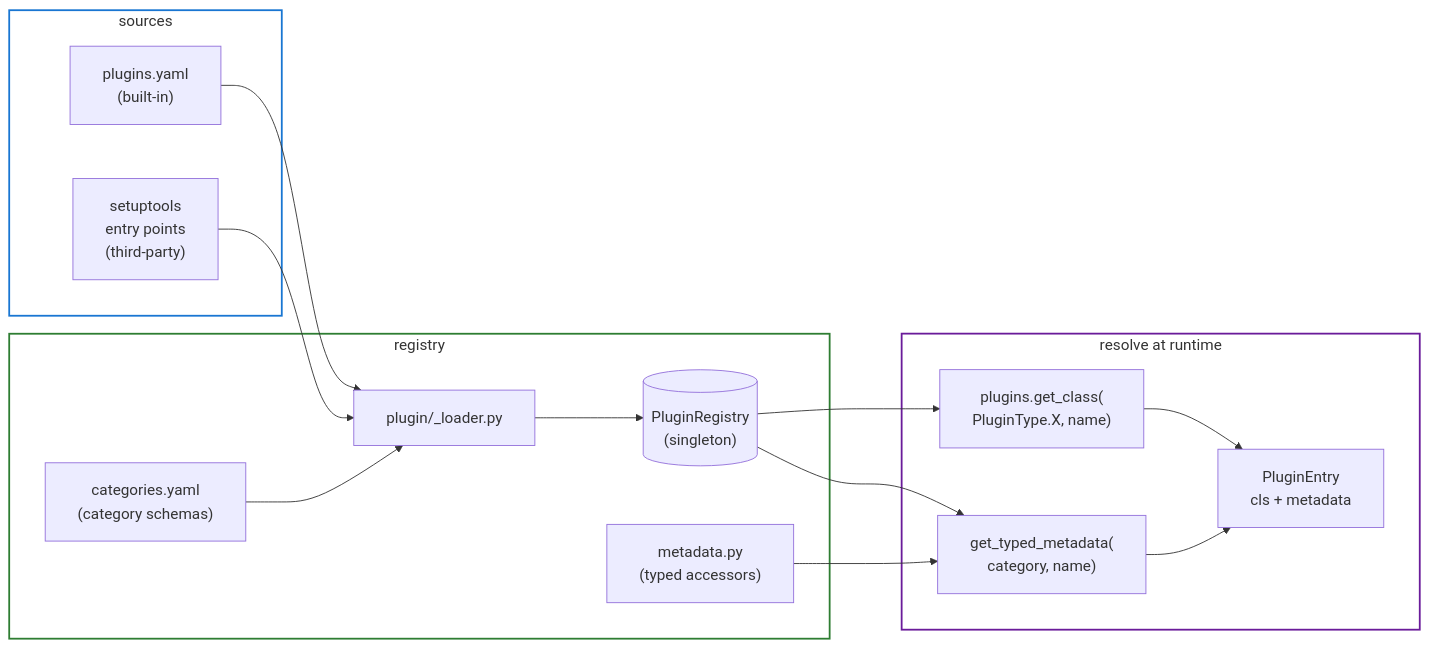
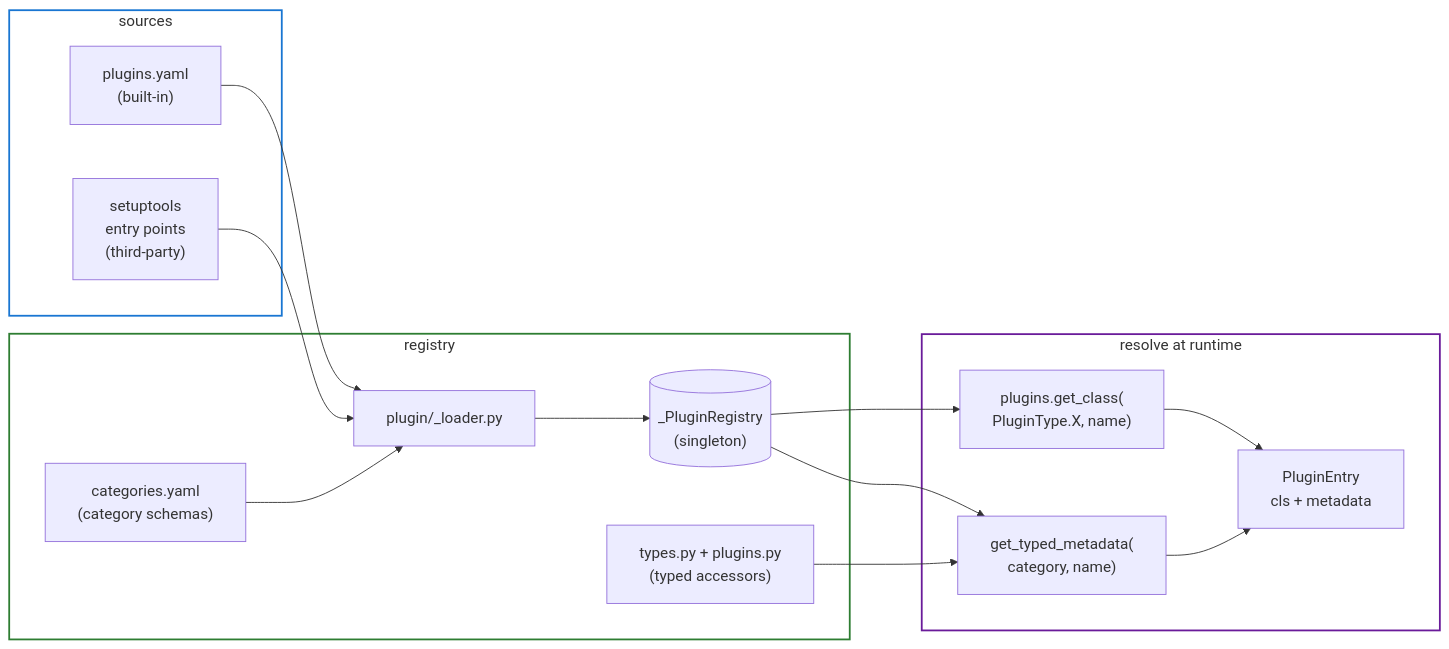
Diagram 13 of 24 in docs/dev/sweep-orchestrator-flow.md (ai-dynamo/aiperf), drawn with Mermaid before and after one commit. The commit also changed other lines of this file and 1 other file, not shown here.

First line of the commit message:
docs(sweep): regenerate ABC diagrams and correct planner/config/plugin facts

````diff
--- a/docs/dev/sweep-orchestrator-flow.md
+++ b/docs/dev/sweep-orchestrator-flow.md
@@ -653,35 +673,35 @@
 ```mermaid
 %%{init: {'flowchart': {'nodeSpacing': 60, 'rankSpacing': 80, 'padding': 18, 'htmlLabels': true, 'curve': 'basis'}, 'themeVariables': {'fontSize': '17px'}}}%%
 flowchart LR
     subgraph SOURCES["sources"]
         yaml["plugins.yaml<br/>(built-in)"]
         ep["setuptools<br/>entry points<br/>(third-party)"]
     end
 
     subgraph CORE["registry"]
         loader["plugin/_loader.py"]
         cats["categories.yaml<br/>(category schemas)"]
-        meta["metadata.py<br/>(typed accessors)"]
-        reg[("PluginRegistry<br/>(singleton)")]
+        meta["types.py + plugins.py<br/>(typed accessors)"]
+        reg[("_PluginRegistry<br/>(singleton)")]
     end
 
     subgraph LOOKUP["resolve at runtime"]
         gc["plugins.get_class(<br/>PluginType.X, name)"]
         gtm["get_typed_metadata(<br/>category, name)"]
         ent["PluginEntry<br/>cls + metadata"]
     end
 
     yaml --> loader
     ep --> loader
     cats --> loader
     loader --> reg
     reg --> gc
     reg --> gtm
     meta --> gtm
     gc --> ent
     gtm --> ent
 
     style SOURCES fill:transparent,stroke:#1976d2,stroke-width:2px
     style CORE fill:transparent,stroke:#2e7d32,stroke-width:2px
     style LOOKUP fill:transparent,stroke:#6a1b9a,stroke-width:2px
 ```
````
